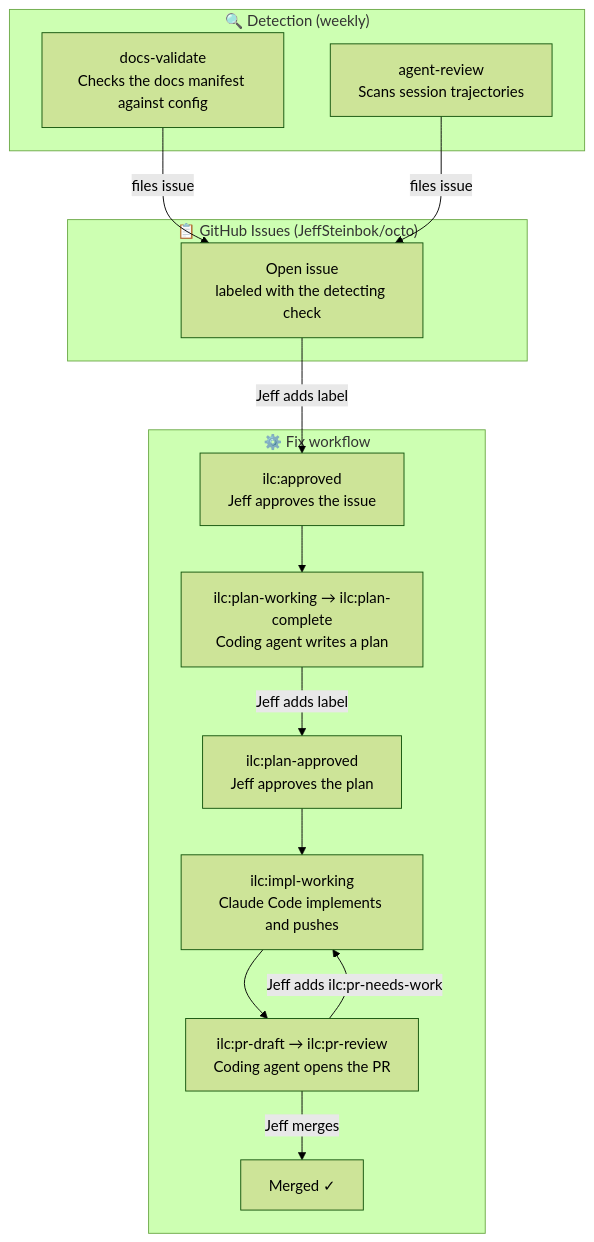
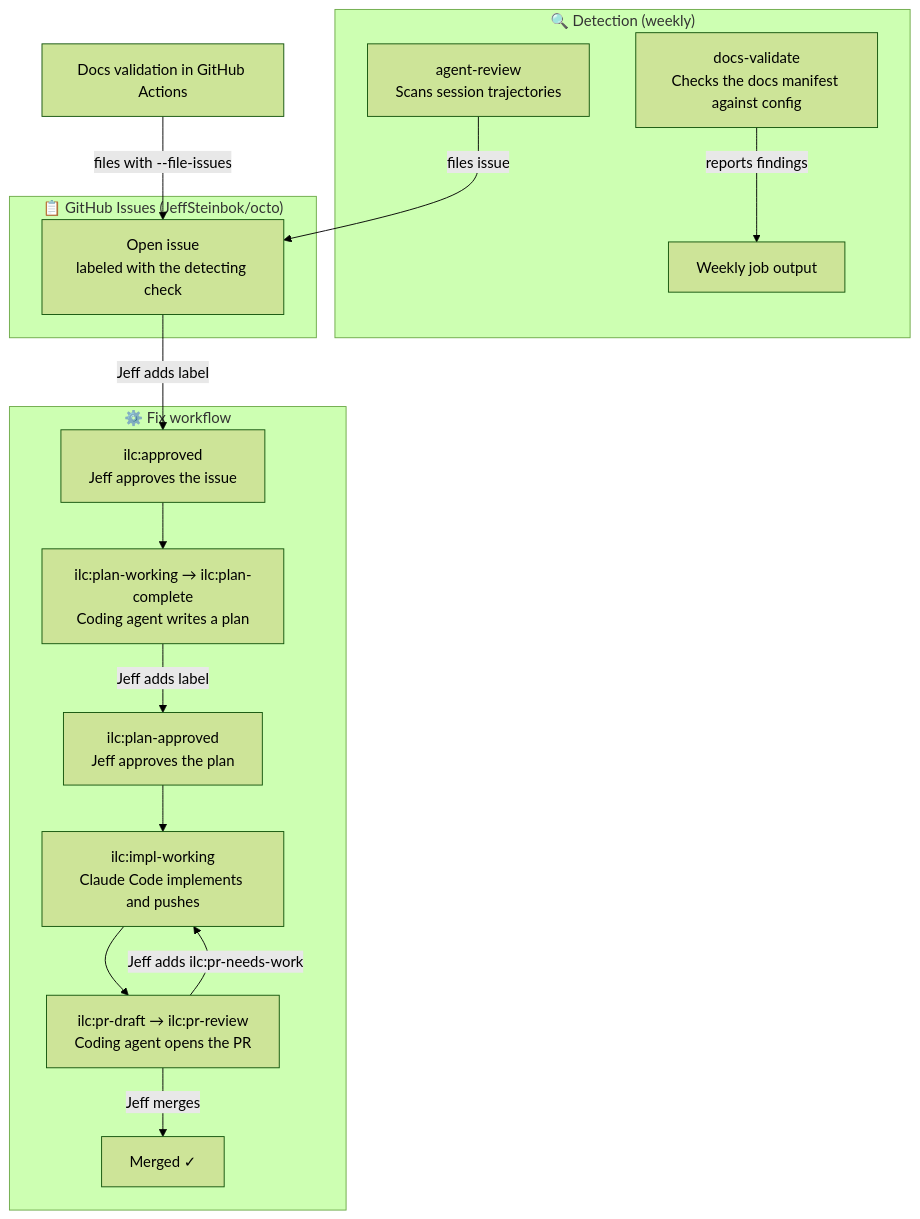
The diagram in docs/harness.md (JeffSteinbok/octo-docs), drawn with Mermaid (forest theme) before and after one commit. The commit also changed other lines of this file and 1 other file, not shown here.

````diff
--- a/docs/harness.md
+++ b/docs/harness.md
@@ -18,30 +18,33 @@
 ```mermaid
 flowchart TD
     subgraph Detection ["🔍 Detection (weekly)"]
         DV["docs-validate\nChecks the docs manifest against config"]
+        DR["Weekly job output"]
         AR["agent-review\nScans session trajectories"]
     end
 
     subgraph Store ["📋 GitHub Issues (JeffSteinbok/octo)"]
         GH["Open issue\nlabeled with the detecting check"]
     end
 
     subgraph Lifecycle ["⚙️ Fix workflow"]
         AP["ilc:approved\nJeff approves the issue"]
         PW["ilc:plan-working → ilc:plan-complete\nCoding agent writes a plan"]
         PA["ilc:plan-approved\nJeff approves the plan"]
         IW["ilc:impl-working\nClaude Code implements and pushes"]
         RV["ilc:pr-draft → ilc:pr-review\nCoding agent opens the PR"]
         MG["Merged ✓"]
     end
 
-    DV -->|files issue| GH
+    CI["Docs validation in GitHub Actions"]
+    DV -->|reports findings| DR
+    CI -->|files with --file-issues| GH
     AR -->|files issue| GH
     GH -->|Jeff adds label| AP
     AP --> PW
     PW -->|Jeff adds label| PA
     PA --> IW
     IW --> RV
     RV -->|Jeff merges| MG
     RV -->|Jeff adds ilc:pr-needs-work| IW
 ```
````
